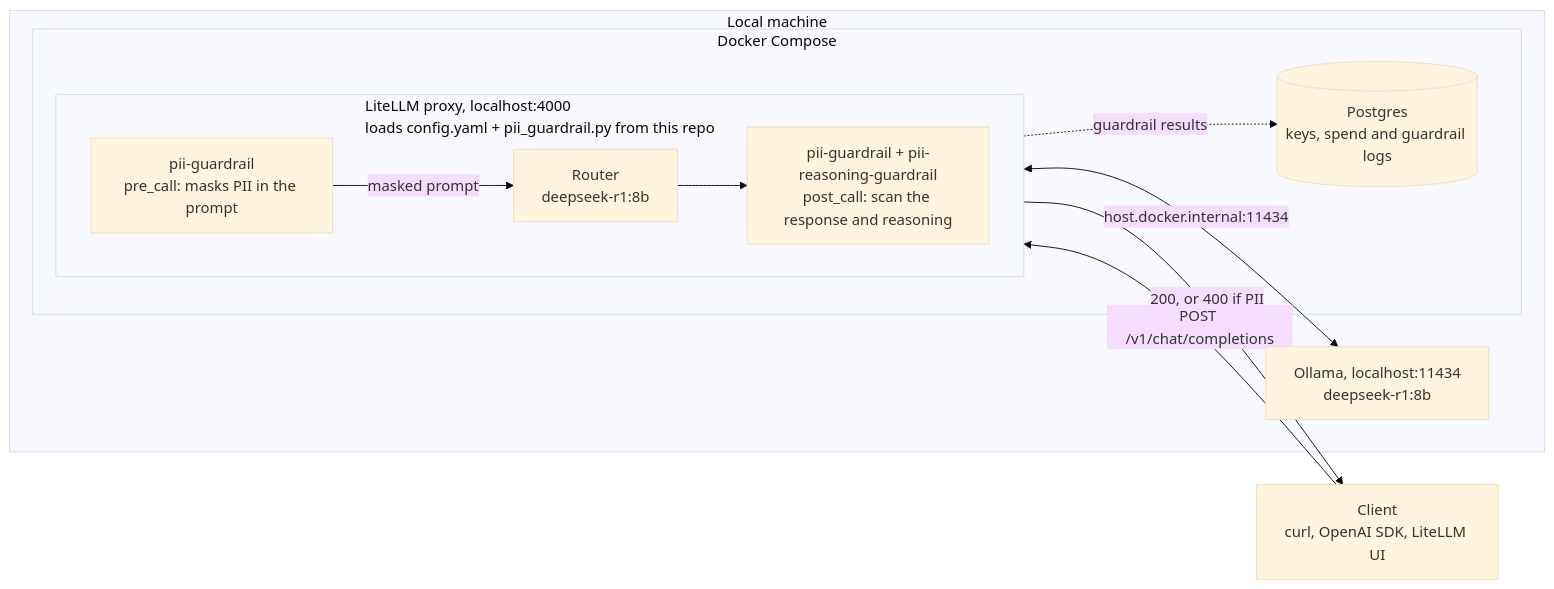
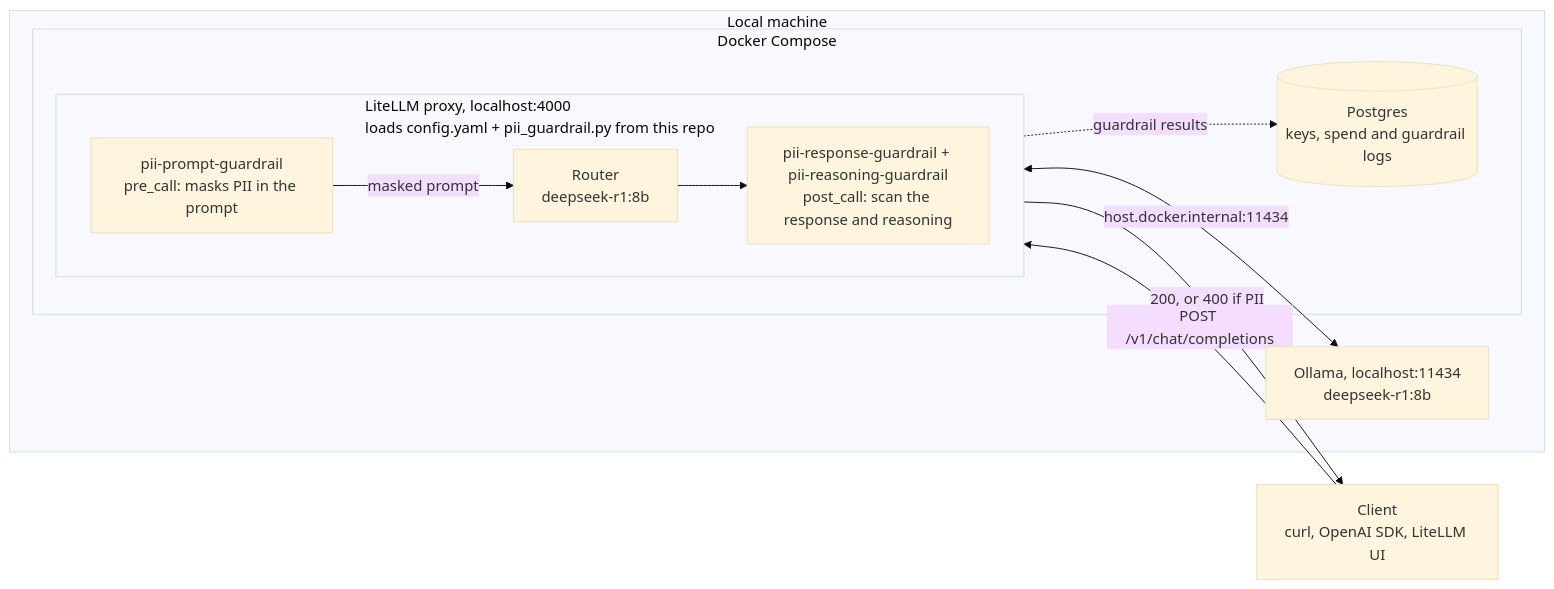
Before and after one commit to mshnjffr/litellm-guardrail: the first of 2 diagrams in docs/implementation.md, drawn with Mermaid (base theme). The commit also changed other lines of this file and 2 other files, not shown here.

````diff
--- a/docs/implementation.md
+++ b/docs/implementation.md
@@ -12,24 +12,24 @@
 ```mermaid
 flowchart LR
     client["Client<br/>curl, OpenAI SDK, LiteLLM UI"]
 
     subgraph machine["Local machine"]
         subgraph compose["Docker Compose"]
             subgraph proxy["LiteLLM proxy, localhost:4000<br/>loads config.yaml + pii_guardrail.py from this repo"]
                 direction LR
-                pre["pii-guardrail<br/>pre_call: masks PII in the prompt"]
+                pre["pii-prompt-guardrail<br/>pre_call: masks PII in the prompt"]
                 router["Router<br/>deepseek-r1:8b"]
-                post["pii-guardrail + pii-reasoning-guardrail<br/>post_call: scan the response and reasoning"]
+                post["pii-response-guardrail + pii-reasoning-guardrail<br/>post_call: scan the response and reasoning"]
                 pre -- masked prompt --> router
                 router --> post
             end
             db[("Postgres<br/>keys, spend and guardrail logs")]
         end
         ollama["Ollama, localhost:11434<br/>deepseek-r1:8b"]
     end
 
     client -- "POST /v1/chat/completions" --> pre
     router <-- "host.docker.internal:11434" --> ollama
     post -- "200, or 400 if PII" --> client
     proxy -. "guardrail results" .-> db
 ```
````
